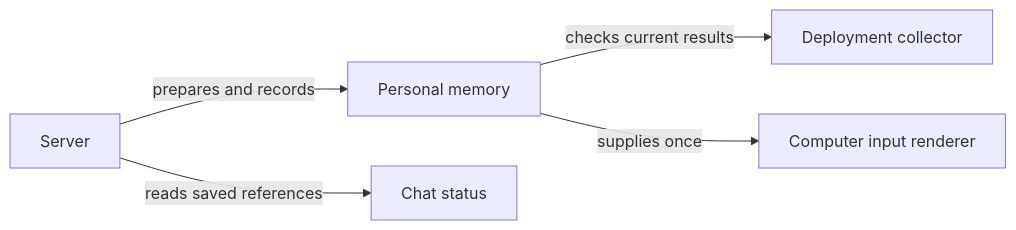
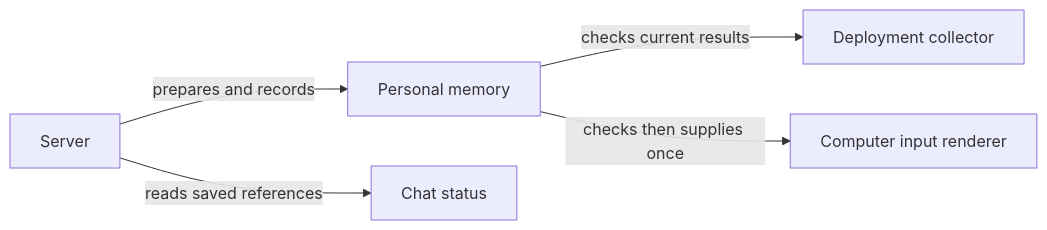
One commit to elewa-git/opencrane-new changed the diagram in docs/process/p4-15-pr5f/README.md. Above: the diagram before and after it, drawn with Mermaid. The commit also changed other lines of this file and 5 other files, not shown here.

````diff
--- a/docs/process/p4-15-pr5f/README.md
+++ b/docs/process/p4-15-pr5f/README.md
@@ -7,7 +10,7 @@
 ```mermaid
 flowchart LR
   server["Server"] -->|prepares and records| memory["Personal memory"]
   memory -->|checks current results| collector["Deployment collector"]
-  memory -->|supplies once| input["Computer input renderer"]
+  memory -->|checks then supplies once| input["Computer input renderer"]
   server -->|reads saved references| chat["Chat status"]
 ```
````
